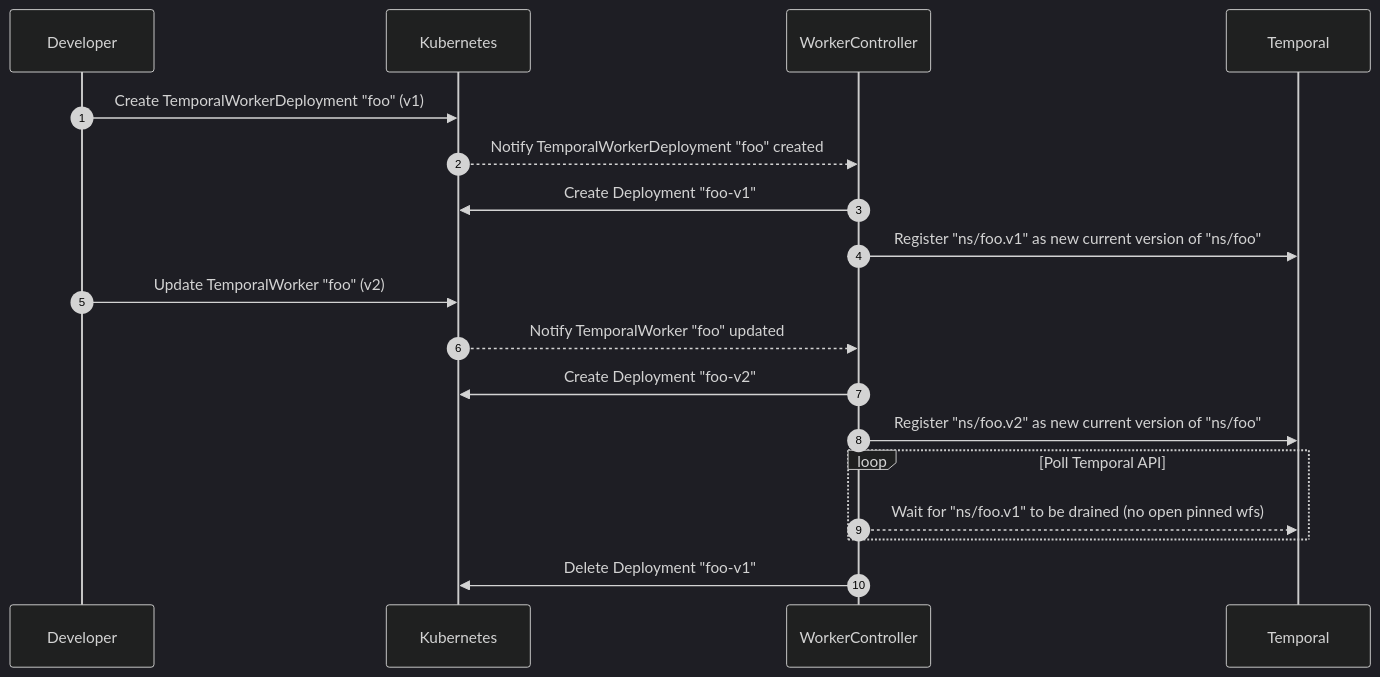
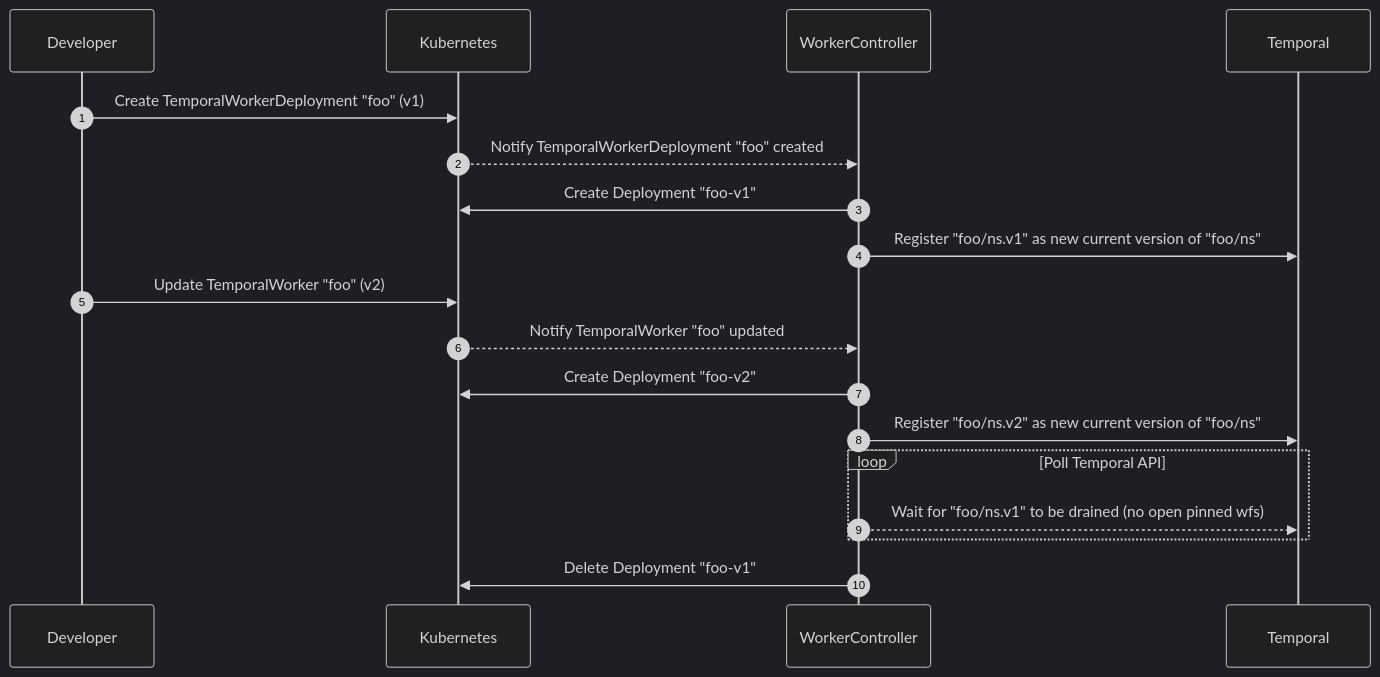
One commit to shashwatsuri/temporal-worker-controller changed the second of 2 diagrams in README.md. Above: the diagram before and after it, drawn with Mermaid (dark theme). The commit also changed other lines of this file and 1 other file, not shown here.

Commit message:
change deployment name back to foo/ns

````diff
--- a/README.md
+++ b/README.md
@@ -139,23 +139,23 @@
 ```mermaid
 sequenceDiagram
     autonumber
     participant Dev as Developer
     participant K8s as Kubernetes
     participant Ctl as WorkerController
     participant T as Temporal
 
     Dev->>K8s: Create TemporalWorkerDeployment "foo" (v1)
     K8s-->>Ctl: Notify TemporalWorkerDeployment "foo" created
     Ctl->>K8s: Create Deployment "foo-v1"
-    Ctl->>T: Register "ns/foo.v1" as new current version of "ns/foo"
+    Ctl->>T: Register "foo/ns.v1" as new current version of "foo/ns"
     Dev->>K8s: Update TemporalWorker "foo" (v2)
     K8s-->>Ctl: Notify TemporalWorker "foo" updated
     Ctl->>K8s: Create Deployment "foo-v2"
-    Ctl->>T: Register "ns/foo.v2" as new current version of "ns/foo"
+    Ctl->>T: Register "foo/ns.v2" as new current version of "foo/ns"
     
     loop Poll Temporal API
-        Ctl-->>T: Wait for "ns/foo.v1" to be drained (no open pinned wfs)
+        Ctl-->>T: Wait for "foo/ns.v1" to be drained (no open pinned wfs)
     end
     
     Ctl->>K8s: Delete Deployment "foo-v1"
 ```
````
